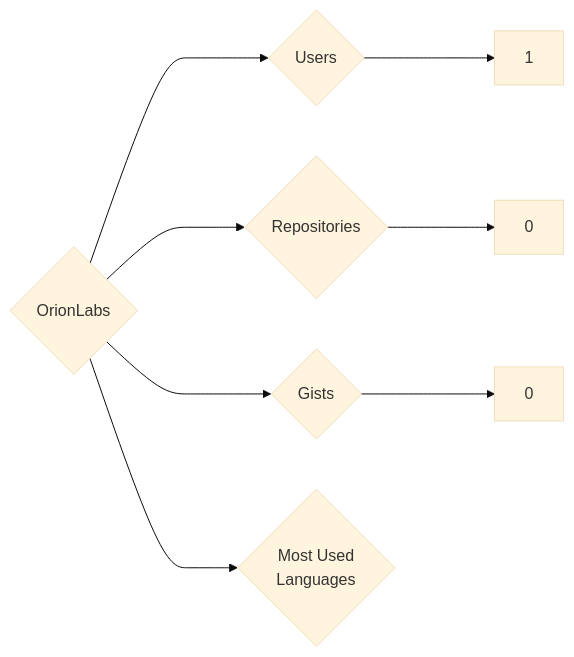
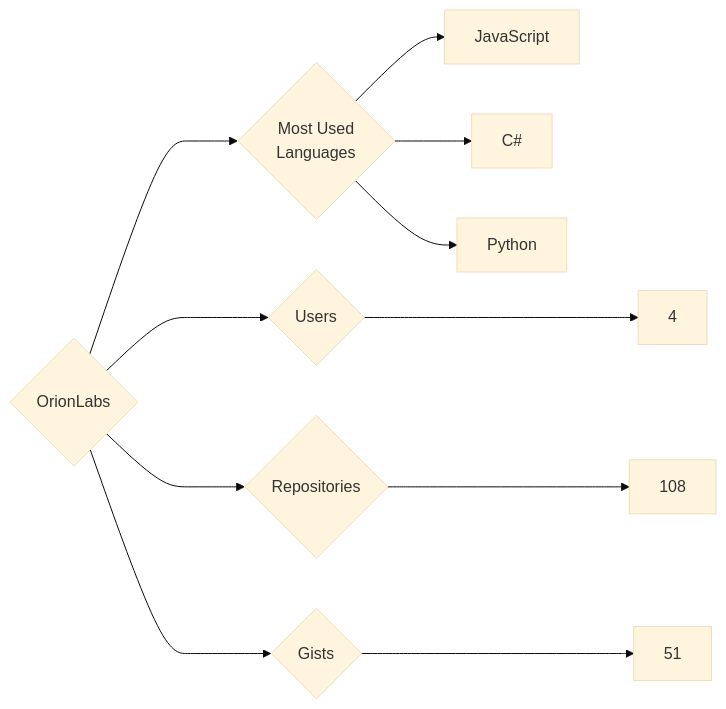
One commit to trickest/insiders changed the diagram in targets/OrionLabs/README.md. Above: the diagram before and after it, drawn with Mermaid (base theme). The commit also changed 1508 other files, not shown here.

````diff
--- a/targets/OrionLabs/README.md
+++ b/targets/OrionLabs/README.md
@@ -3,8 +3,11 @@
 ```mermaid
 graph LR
 COMPANY_NAME{OrionLabs}
-COMPANY_NAME ---> U{Users} ---> UN[1]
-COMPANY_NAME ---> R{Repositories} ---> RN[0]
-COMPANY_NAME ---> G{Gists} ---> GN[0]
+COMPANY_NAME ---> U{Users} ---> UN[4]
+COMPANY_NAME ---> R{Repositories} ---> RN[108]
+COMPANY_NAME ---> G{Gists} ---> GN[51]
 COMPANY_NAME ---> ML{Most Used<br>Languages}
+ML --> JavaScript[JavaScript]
+ML --> C#[C#]
+ML --> Python[Python]
 ```
````
